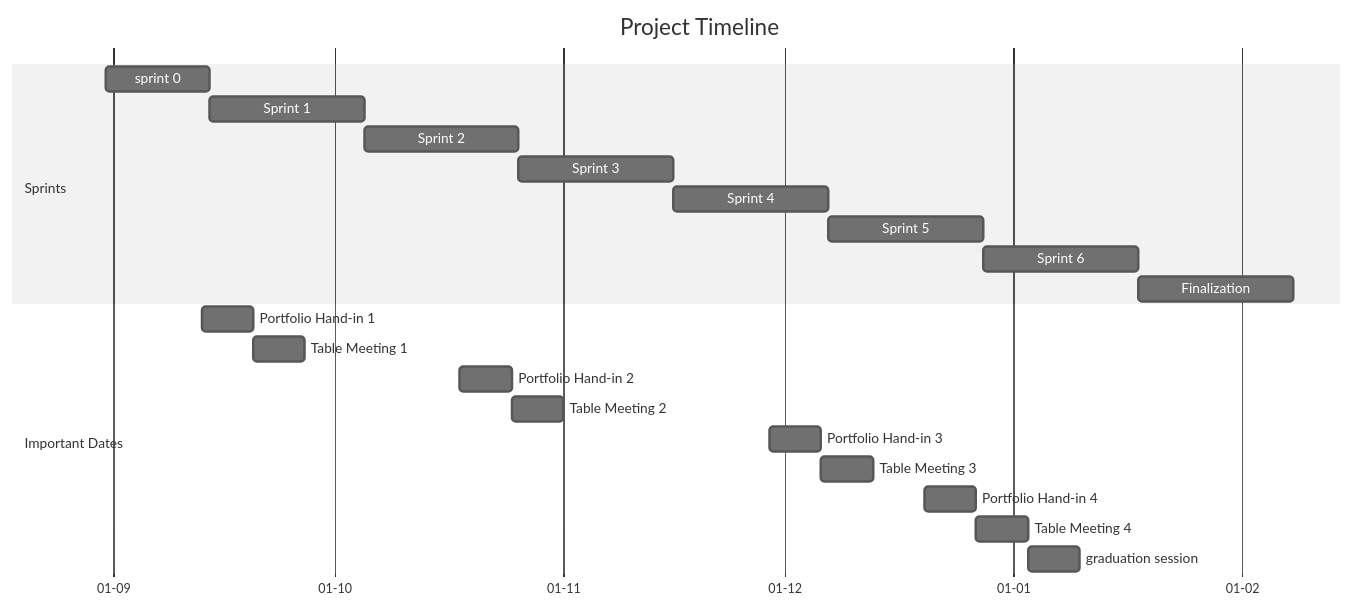
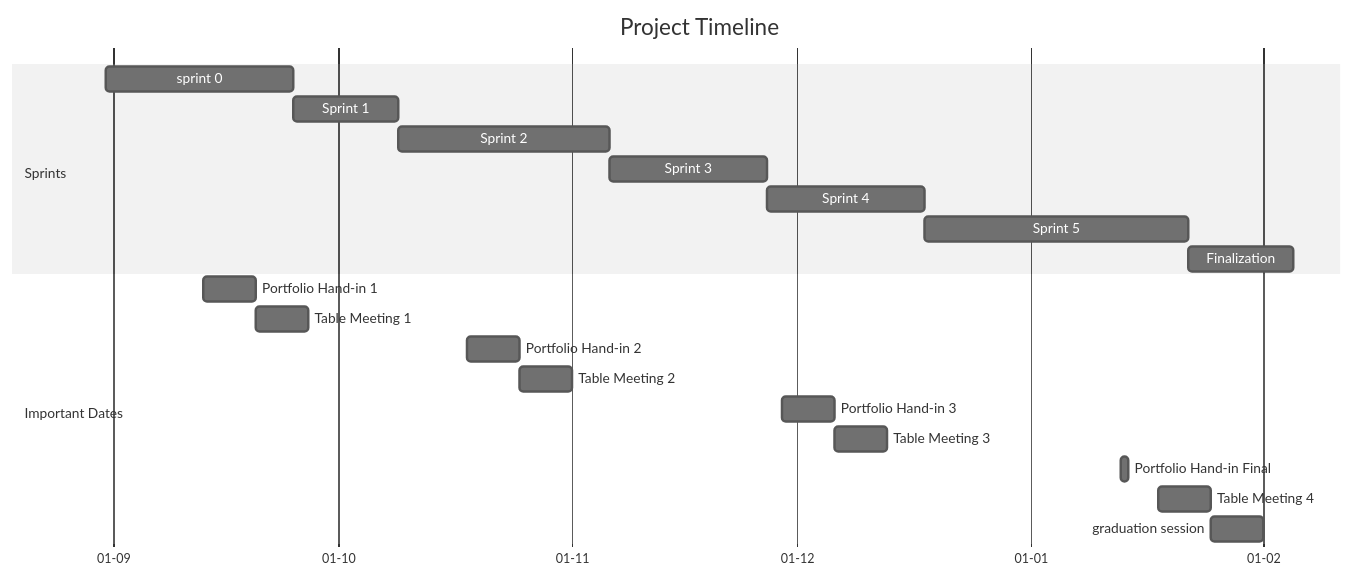
One commit to caseystijlaart/Fontys changed the diagram in docs/project-plan/approach-planning/timeline.adoc. Above: the diagram before and after it, drawn with Mermaid (neutral theme). The commit also changed 3 other files, not shown here.

```diff
--- a/docs/project-plan/approach-planning/timeline.adoc
+++ b/docs/project-plan/approach-planning/timeline.adoc
@@ -8,31 +8,30 @@
 [mermaid, target=gantt-mermaid, format=png]
 ----
 
 gantt
     title Project Timeline
     dateFormat  DD-MM-YYYY
     axisFormat  %d-%m
     tickInterval 1w
     todayMarker off
 
     section Sprints
-    sprint 0 :a1, 31-08-2026, 2w
-    Sprint 1 :a2, after a1, 3w
-    Sprint 2 :a3, after a2, 3w
-    Sprint 3 :a4, after a3, 3w
-    Sprint 4 :a5, after a4, 3w
-    Sprint 5 :a6, after a5, 3w
-    Sprint 6 :a7, after a6, 3w
-    Finalization :a8, after a7, 3w
+    sprint 0 :a1, 31-08-2026, 25-09-2026
+    Sprint 1 :a2, after a1, 09-10-2026
+    Sprint 2 :a3, after a2, 06-11-2026
+    Sprint 3 :a4, after a3, 27-11-2026
+    Sprint 4 :a5, after a4, 18-12-2026
+    Sprint 5 :a6, after a5, 22-01-2027
+    Finalization :a8, after a6, 05-02-2027
 
     section Important Dates
     Portfolio Hand-in 1 : ps1, 13-09-2026, 1w
     Table Meeting 1 : t1, after ps1, 1w
     Portfolio Hand-in 2 : p2, 18-10-2026, 1w
     Table Meeting 2 : t2, after p2, 1w
     Portfolio Hand-in 3 : p3, 29-11-2026, 1w
     Table Meeting 3 : t3, after p3, 1w
-    Portfolio Hand-in 4 : p4, 20-12-2026, 1w
-    Table Meeting 4 : t4, after p4, 1w
+    Portfolio Hand-in Final : p4, 13-01-2027, 1d
+    Table Meeting 4 : t4, 18-01-2027, 1w
     graduation session : gs, after t4, 1w
 ----
```
